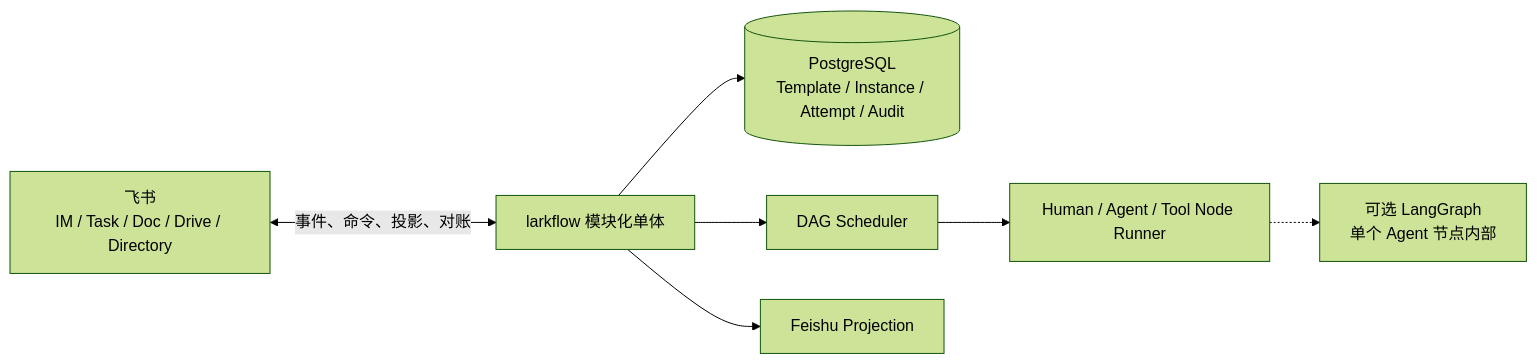
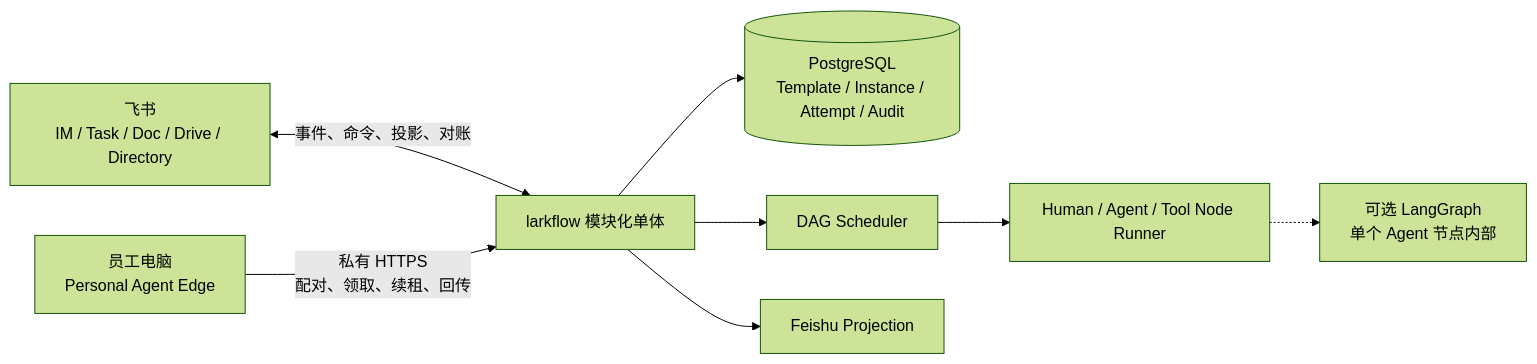
One commit to iyuenan3/larkflow changed the diagram in AIREADME/ARCHITECTURE.md. Above: the diagram before and after it, drawn with Mermaid (forest theme). The commit also changed other lines of this file and 33 other files, not shown here.

Commit message:
feat(workflow): add personal agent edge proof

````diff
--- a/AIREADME/ARCHITECTURE.md
+++ b/AIREADME/ARCHITECTURE.md
@@ -17,9 +17,10 @@
 ```mermaid
 flowchart LR
     F["飞书<br/>IM / Task / Doc / Drive / Directory"] <-->|"事件、命令、投影、对账"| C["larkflow 模块化单体"]
+    E["员工电脑<br/>Personal Agent Edge"] -->|"私有 HTTPS<br/>配对、领取、续租、回传"| C
     C --> D[("PostgreSQL<br/>Template / Instance / Attempt / Audit")]
     C --> S["DAG Scheduler"]
     C --> P["Feishu Projection"]
     S --> R["Human / Agent / Tool Node Runner"]
     R -.-> L["可选 LangGraph<br/>单个 Agent 节点内部"]
 ```
````
